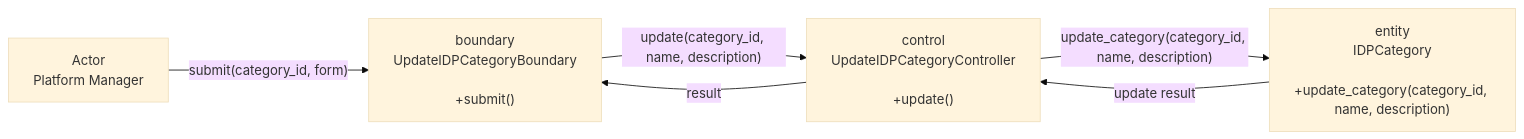
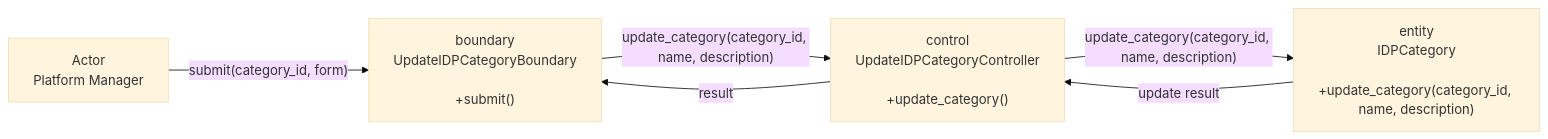
Before and after one commit to boyinapuddle/CSIT314-Chinese: the first of 2 diagrams in diagrams/US41_Update_IDP_Category/README.md, drawn with Mermaid (base theme). The commit also changed other lines of this file and 140 other files, not shown here.

````diff
--- a/diagrams/US41_Update_IDP_Category/README.md
+++ b/diagrams/US41_Update_IDP_Category/README.md
@@ -5,12 +5,12 @@
 ```mermaid
 flowchart LR
     N0["Actor<br/>Platform Manager"]
     N1["boundary<br/>UpdateIDPCategoryBoundary<br/><br/>+submit()"]
-    N2["control<br/>UpdateIDPCategoryController<br/><br/>+update()"]
+    N2["control<br/>UpdateIDPCategoryController<br/><br/>+update_category()"]
     N3["entity<br/>IDPCategory<br/><br/>+update_category(category_id, name, description)"]
     N0 -->|"submit(category_id, form)"| N1
-    N1 -->|"update(category_id, name, description)"| N2
+    N1 -->|"update_category(category_id, name, description)"| N2
     N2 -->|"update_category(category_id, name, description)"| N3
     N3 -->|"update result"| N2
     N2 -->|"result"| N1
 ```
````
